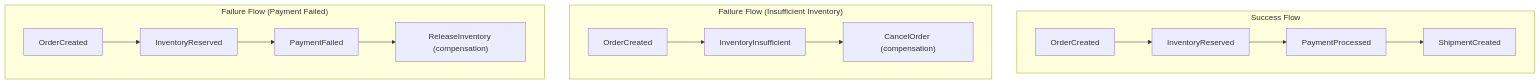
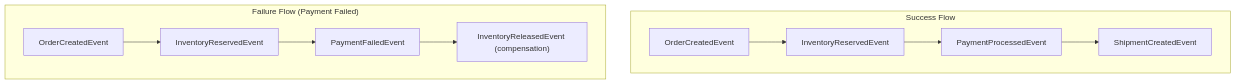
Before and after one commit to whizbang-lib/whizbang-lib.github.io: the third of 3 diagrams in src/assets/docs/v1.0.0/learn/tutorial/inventory-service.md, drawn with Mermaid. The commit also changed other lines of this file and 48 other files, not shown here.

````diff
--- a/src/assets/docs/v1.0.0/learn/tutorial/inventory-service.md
+++ b/src/assets/docs/v1.0.0/learn/tutorial/inventory-service.md
@@ -768,20 +561,15 @@
 ```mermaid
 flowchart TD
     subgraph Success["Success Flow"]
         direction LR
-        S1["OrderCreated"] --> S2["InventoryReserved"] --> S3["PaymentProcessed"] --> S4["ShipmentCreated"]
-    end
-
-    subgraph FailInv["Failure Flow (Insufficient Inventory)"]
-        direction LR
-        F1["OrderCreated"] --> F2["InventoryInsufficient"] --> F3["CancelOrder (compensation)"]
+        S1["OrderCreatedEvent"] --> S2["InventoryReservedEvent"] --> S3["PaymentProcessedEvent"] --> S4["ShipmentCreatedEvent"]
     end
 
     subgraph FailPay["Failure Flow (Payment Failed)"]
         direction LR
-        P1["OrderCreated"] --> P2["InventoryReserved"] --> P3["PaymentFailed"] --> P4["ReleaseInventory (compensation)"]
+        P1["OrderCreatedEvent"] --> P2["InventoryReservedEvent"] --> P3["PaymentFailedEvent"] --> P4["InventoryReleasedEvent (compensation)"]
     end
 
-    class S1,S2,S3,S4,F1,F2,P1,P2,P3 layer-event
-    class F3,P4 layer-command
+    class S1,S2,S3,S4,P1,P2,P3 layer-event
+    class P4 layer-command
 ```
````
